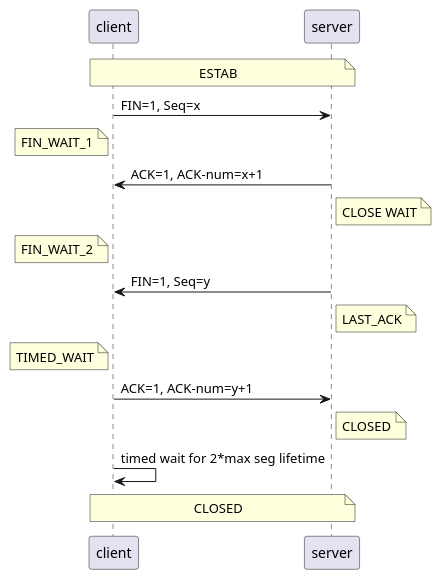
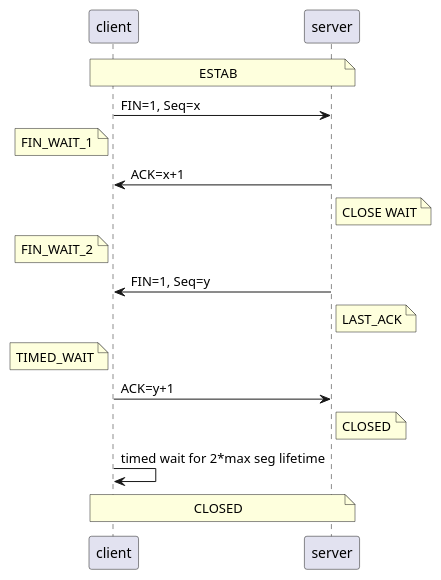
The second of 2 diagrams in snips/interview/tcp.md (IceHe/icehe-lib), drawn with PlantUML before and after one commit. The commit also changed other lines of this file, not shown here.

````diff
--- a/snips/interview/tcp.md
+++ b/snips/interview/tcp.md
@@ -44,23 +49,23 @@
 ```plantuml
 @startuml
 
 note over client, server: ESTAB
 client -> server : FIN=1, Seq=x
 note left of client: FIN_WAIT_1
 
-client <- server : ACK=1, ACK-num=x+1
+client <- server : ACK=x+1
 note right of server: CLOSE WAIT
 note left of client: FIN_WAIT_2
 
 client <- server : FIN=1, Seq=y
 note right of server: LAST_ACK
 note left of client: TIMED_WAIT
 
-client -> server : ACK=1, ACK-num=y+1
+client -> server : ACK=y+1
 note right of server: CLOSED
 
 client -> client : timed wait for 2*max seg lifetime
 note over client, server: CLOSED
 
 @enduml
 ```
````
